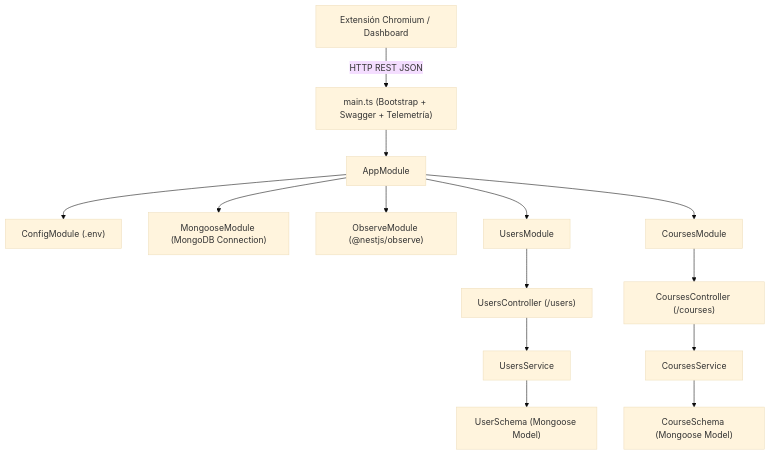
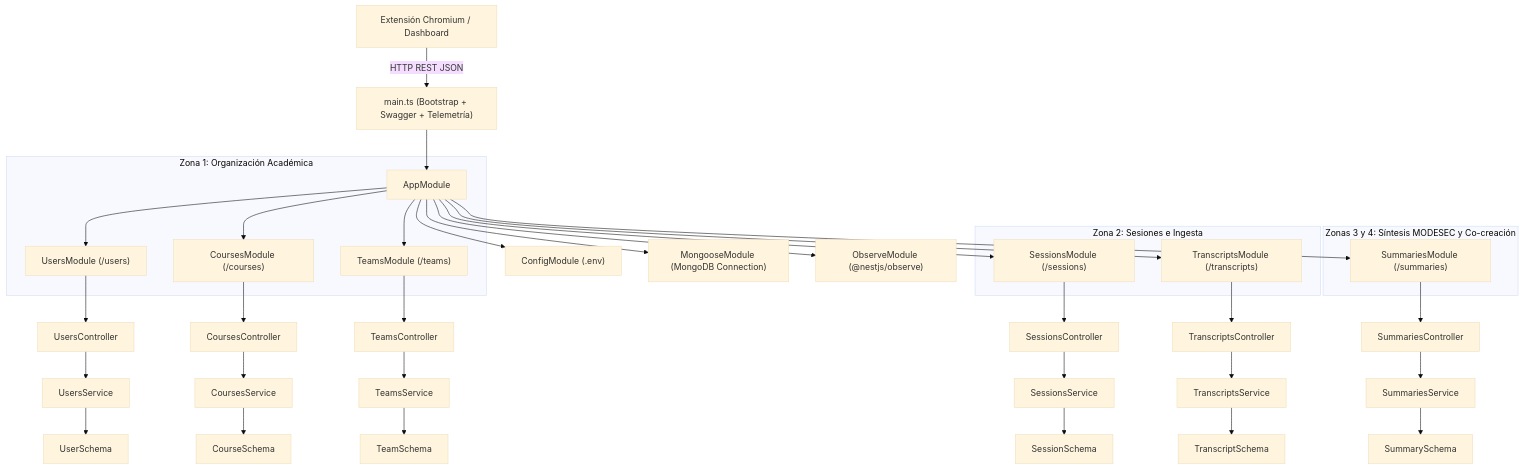
The diagram in sicoco-documentation/SICOCO/16_backend_architecture_and_api.md (JoseDanielDurango/SICOCO-Project), drawn with Mermaid (base theme) before and after one commit. The commit also changed other lines of this file and 40 other files, not shown here.

Commit message:
feat: implement Teams, Sessions, Transcripts, and Summaries modules and update documentation

````diff
--- a/sicoco-documentation/SICOCO/16_backend_architecture_and_api.md
+++ b/sicoco-documentation/SICOCO/16_backend_architecture_and_api.md
@@ -16,18 +18,30 @@
 ```mermaid
 graph TD
     Client["Extensión Chromium / Dashboard"] -->|HTTP REST JSON| Main["main.ts (Bootstrap + Swagger + Telemetría)"]
     Main --> AppMod["AppModule"]
     AppMod --> Config["ConfigModule (.env)"]
     AppMod --> Mongo["MongooseModule (MongoDB Connection)"]
     AppMod --> Obs["ObserveModule (@nestjs/observe)"]
-    AppMod --> UsersMod["UsersModule"]
-    AppMod --> CoursesMod["CoursesModule"]
+    
+    subgraph Z1 ["Zona 1: Organización Académica"]
+        AppMod --> UsersMod["UsersModule (/users)"]
+        AppMod --> CoursesMod["CoursesModule (/courses)"]
+        AppMod --> TeamsMod["TeamsModule (/teams)"]
+    end
 
-    UsersMod --> UsersCtrl["UsersController (/users)"]
-    UsersCtrl --> UsersSvc["UsersService"]
-    UsersSvc --> UserSchema["UserSchema (Mongoose Model)"]
+    subgraph Z2 ["Zona 2: Sesiones e Ingesta"]
+        AppMod --> SessionsMod["SessionsModule (/sessions)"]
+        AppMod --> TranscriptsMod["TranscriptsModule (/transcripts)"]
+    end
 
-    CoursesMod --> CoursesCtrl["CoursesController (/courses)"]
-    CoursesCtrl --> CoursesSvc["CoursesService"]
-    CoursesSvc --> CourseSchema["CourseSchema (Mongoose Model)"]
+    subgraph Z3Z4 ["Zonas 3 y 4: Síntesis MODESEC y Co-creación"]
+        AppMod --> SummariesMod["SummariesModule (/summaries)"]
+    end
+
+    UsersMod --> UsersCtrl["UsersController"] --> UsersSvc["UsersService"] --> UserSchema["UserSchema"]
+    CoursesMod --> CoursesCtrl["CoursesController"] --> CoursesSvc["CoursesService"] --> CourseSchema["CourseSchema"]
+    TeamsMod --> TeamsCtrl["TeamsController"] --> TeamsSvc["TeamsService"] --> TeamSchema["TeamSchema"]
+    SessionsMod --> SessionsCtrl["SessionsController"] --> SessionsSvc["SessionsService"] --> SessionSchema["SessionSchema"]
+    TranscriptsMod --> TranscriptsCtrl["TranscriptsController"] --> TranscriptsSvc["TranscriptsService"] --> TranscriptSchema["TranscriptSchema"]
+    SummariesMod --> SummariesCtrl["SummariesController"] --> SummariesSvc["SummariesService"] --> SummarySchema["SummarySchema"]
 ```
````
